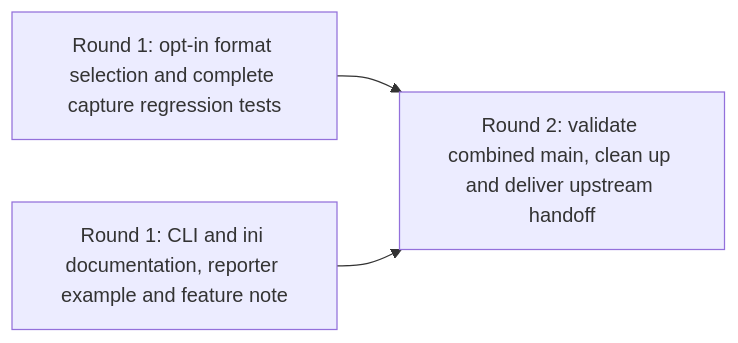
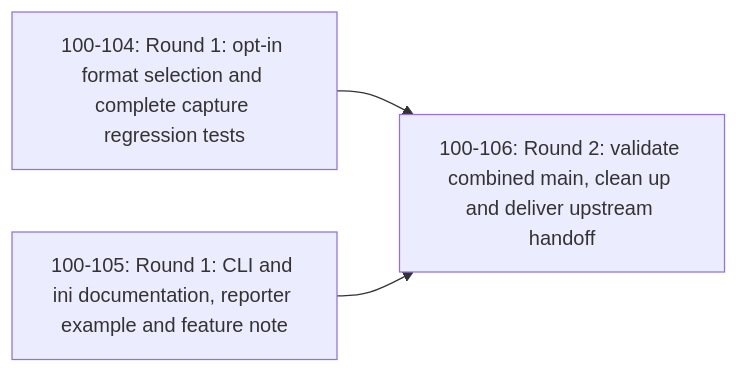
The diagram in docs/symphony-plans/fan-out-plan-100-102-full-captures.mmd (jeremycarroll/pytest-memray), drawn with Mermaid before and after one commit. The commit also changed 2 other files, not shown here.

```diff
--- a/docs/symphony-plans/fan-out-plan-100-102-full-captures.mmd
+++ b/docs/symphony-plans/fan-out-plan-100-102-full-captures.mmd
@@ -1,7 +1,7 @@
 %% symphony-dag/v1
 flowchart LR
-  FC_A["Round 1: opt-in format selection and complete capture regression tests"]
-  FC_B["Round 1: CLI and ini documentation, reporter example and feature note"]
-  FC_C["Round 2: validate combined main, clean up and deliver upstream handoff"]
+  FC_A["100-104: Round 1: opt-in format selection and complete capture regression tests"]
+  FC_B["100-105: Round 1: CLI and ini documentation, reporter example and feature note"]
+  FC_C["100-106: Round 2: validate combined main, clean up and deliver upstream handoff"]
   FC_A --> FC_C
   FC_B --> FC_C
```
